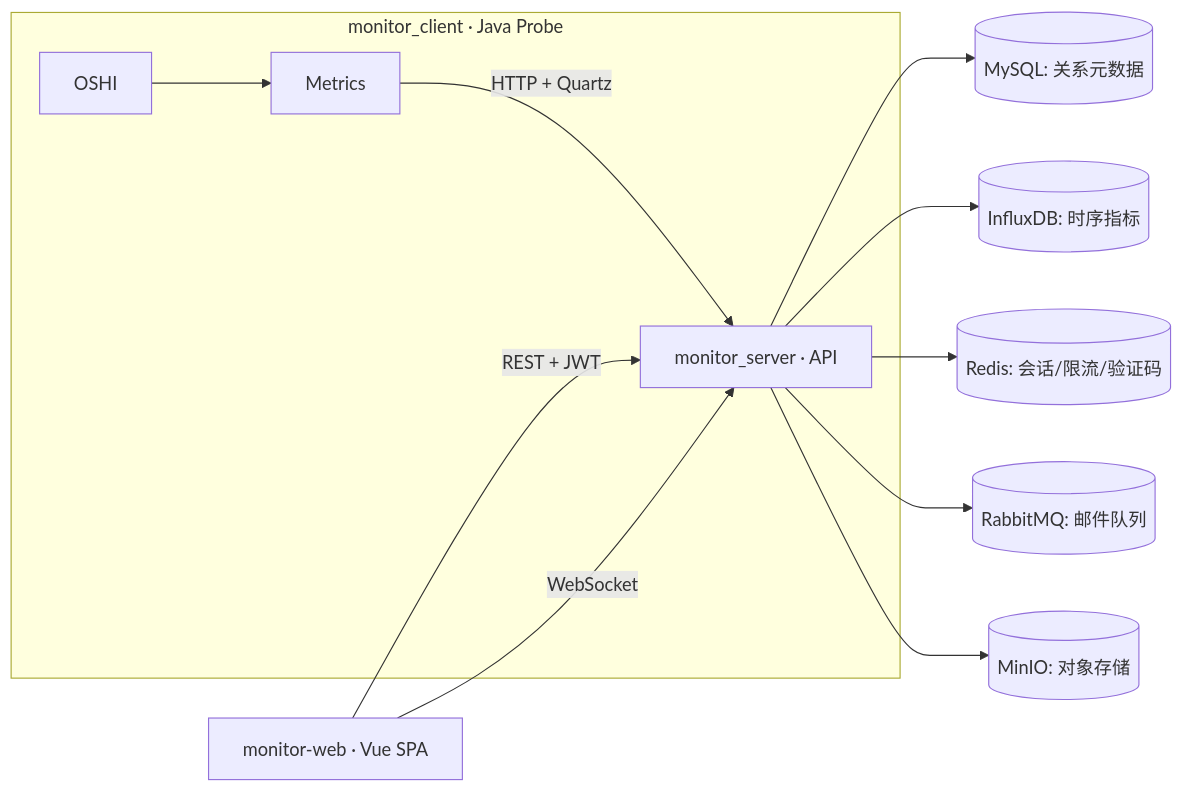
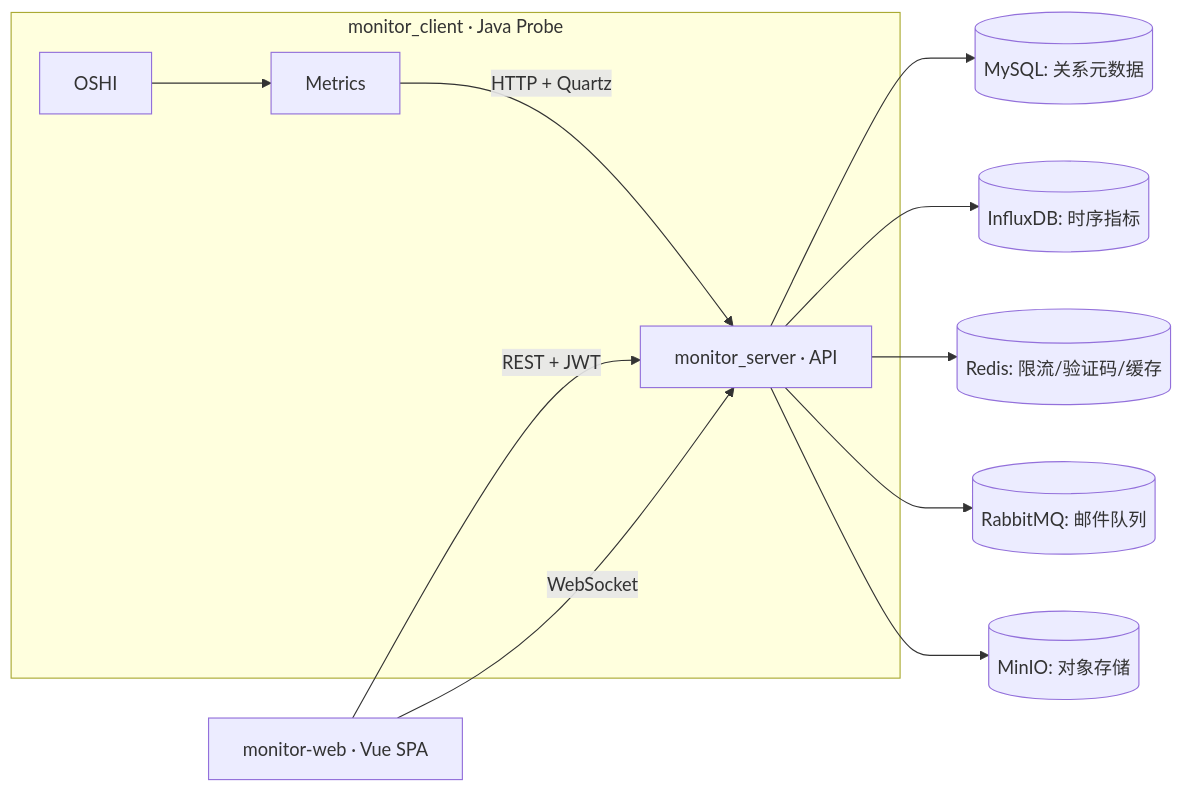
One commit to Zonglin-He/ServerOperationsMonitoringSystem changed the diagram in README.zh-CN.md. Above: the diagram before and after it, drawn with Mermaid. The commit also changed other lines of this file, not shown here.

````diff
--- a/README.zh-CN.md
+++ b/README.zh-CN.md
@@ -19,14 +19,14 @@
 ```mermaid
 flowchart LR
   subgraph Client[monitor_client · Java Probe]
     OSHI --> Metrics
     Metrics -->|HTTP + Quartz| Server[monitor_server · API]
   end
   Web[monitor-web · Vue SPA] -->|REST + JWT| Server
   Web -->|WebSocket| Server
   Server --> MySQL[(MySQL: 关系元数据)]
   Server --> InfluxDB[(InfluxDB: 时序指标)]
-  Server --> Redis[(Redis: 会话/限流/验证码)]
+  Server --> Redis[(Redis: 限流/验证码/缓存)]
   Server --> RabbitMQ[(RabbitMQ: 邮件队列)]
   Server --> MinIO[(MinIO: 对象存储)]
 ```
````
